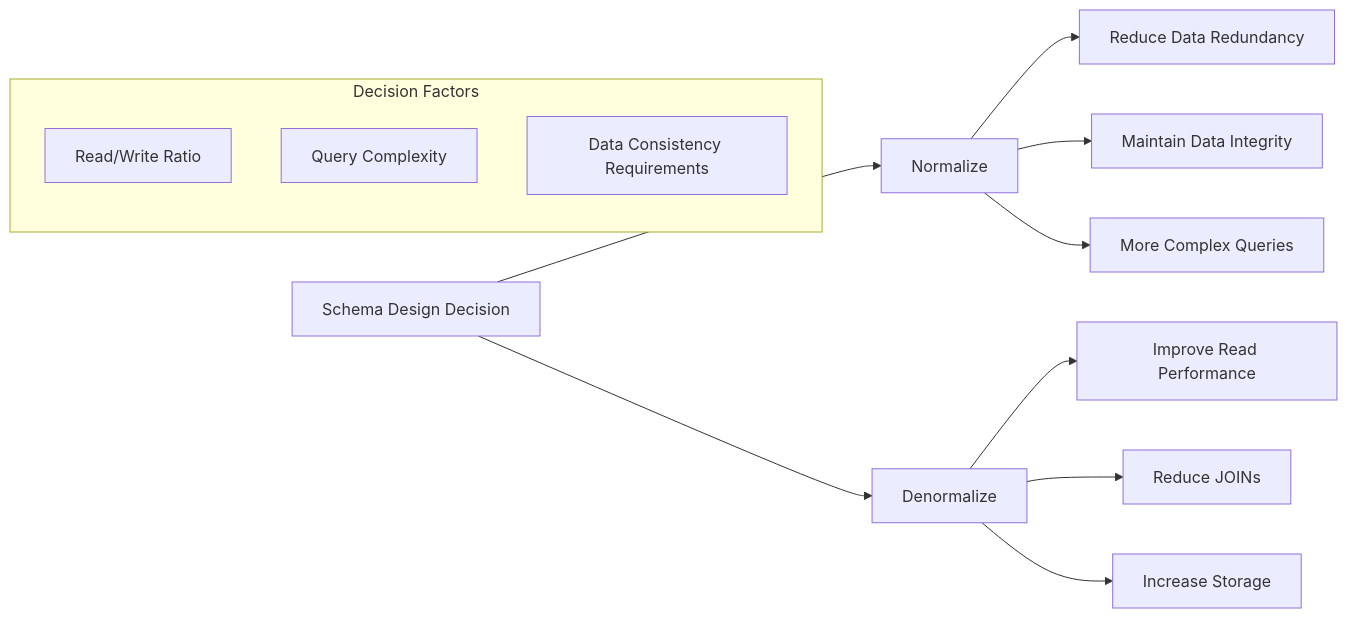
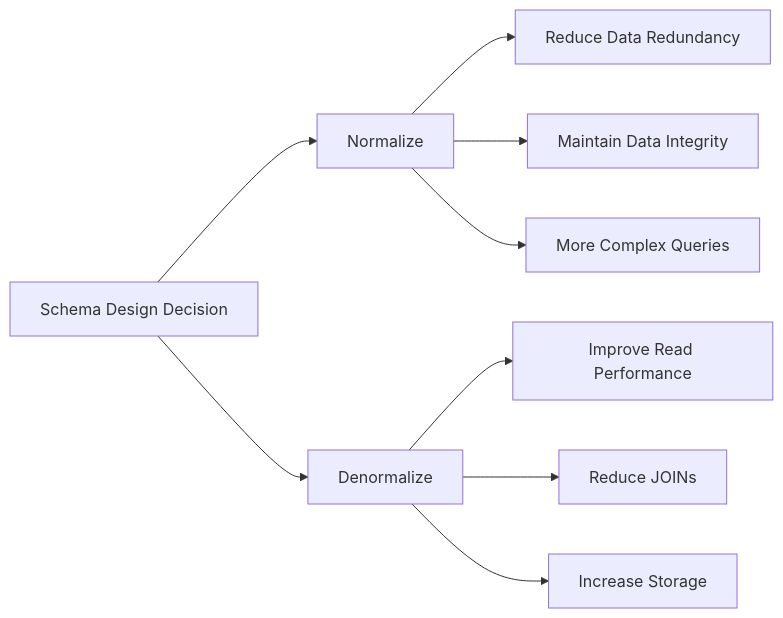
One commit to shayne007/blog changed the fourth of 10 diagrams in source/_posts/MySQL-Performance-Optimization-Complete-Guide.md. Above: the diagram before and after it, drawn with Mermaid.

Commit message:
modify mermaid

```diff
--- a/source/_posts/MySQL-Performance-Optimization-Complete-Guide.md
+++ b/source/_posts/MySQL-Performance-Optimization-Complete-Guide.md
@@ -246,18 +245,13 @@
 {% mermaid flowchart LR %}
     A[Schema Design Decision] --> B[Normalize]
     A --> C[Denormalize]
     
     B --> B1[Reduce Data Redundancy]
     B --> B2[Maintain Data Integrity]
     B --> B3[More Complex Queries]
     
     C --> C1[Improve Read Performance]
     C --> C2[Reduce JOINs]
     C --> C3[Increase Storage]
     
-    subgraph "Decision Factors"
-        D1[Read/Write Ratio]
-        D2[Query Complexity]
-        D3[Data Consistency Requirements]
-    end
 {% endmermaid %}
```
